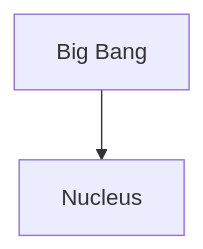
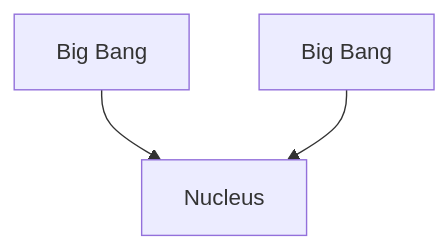
Diagram 14 of 20 in games/desktop-defender/Crafting.md (linkofdarkness/game-guides-and-utils), drawn with Mermaid before and after one commit. The commit also changed other lines of this file and 2 other files, not shown here.

````diff
--- a/games/desktop-defender/Crafting.md
+++ b/games/desktop-defender/Crafting.md
@@ -342,6 +369,8 @@
 ```mermaid
 flowchart TD
-  big_bang["Big Bang"]
+  big_bang1["Big Bang"]
+  big_bang2["Big Bang"]
   nucleus["Nucleus"]
-  big_bang --> nucleus
+  big_bang1 --> nucleus
+  big_bang2 --> nucleus
 ```
````
